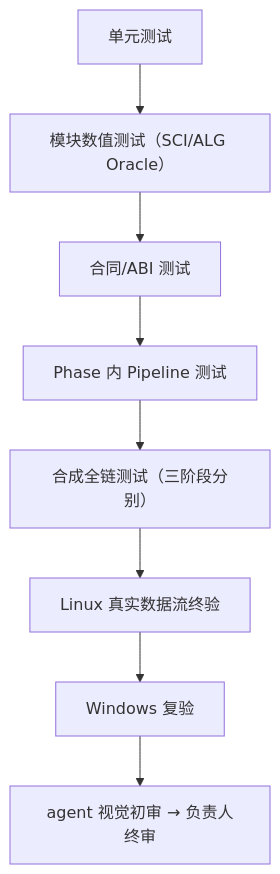
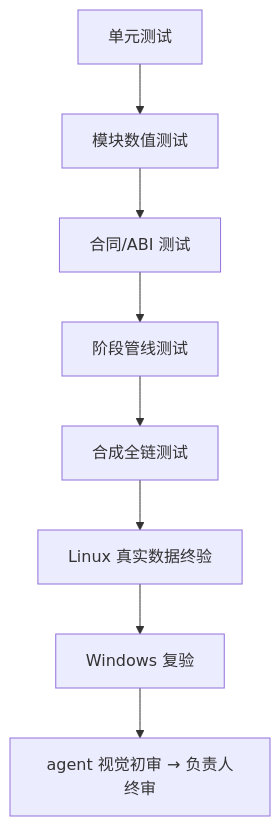
Before and after one commit to fujiaze/Astro-CS-Database: the tenth of 10 diagrams in docs/ASTROCS_DESIGN.md, drawn with Mermaid. The commit also changed other lines of this file and 1 other file, not shown here.

````diff
--- a/docs/ASTROCS_DESIGN.md
+++ b/docs/ASTROCS_DESIGN.md
@@ -838,10 +515,10 @@
 ```mermaid
 flowchart TD
-    U["单元测试"] --> M["模块数值测试（SCI/ALG Oracle）"]
+    U["单元测试"] --> M["模块数值测试"]
     M --> C["合同/ABI 测试"]
-    C --> P["Phase 内 Pipeline 测试"]
-    P --> S["合成全链测试（三阶段分别）"]
-    S --> R["Linux 真实数据流终验"]
-    R --> F["Windows 复验"]
-    F --> I["agent 视觉初审 → 负责人终审"]
+    C --> P["阶段管线测试"]
+    P --> S["合成全链测试"]
+    S --> R["Linux 真实数据终验"]
+    R --> W["Windows 复验"]
+    W --> I["agent 视觉初审 → 负责人终审"]
 ```
````
